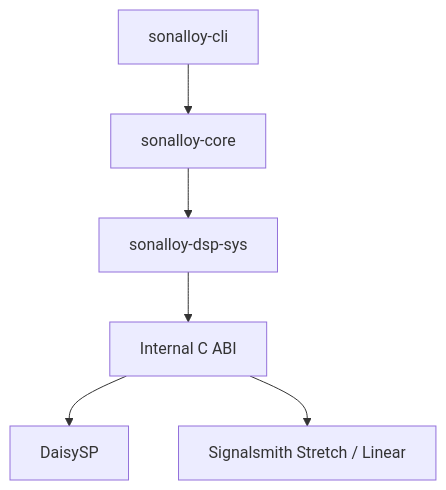
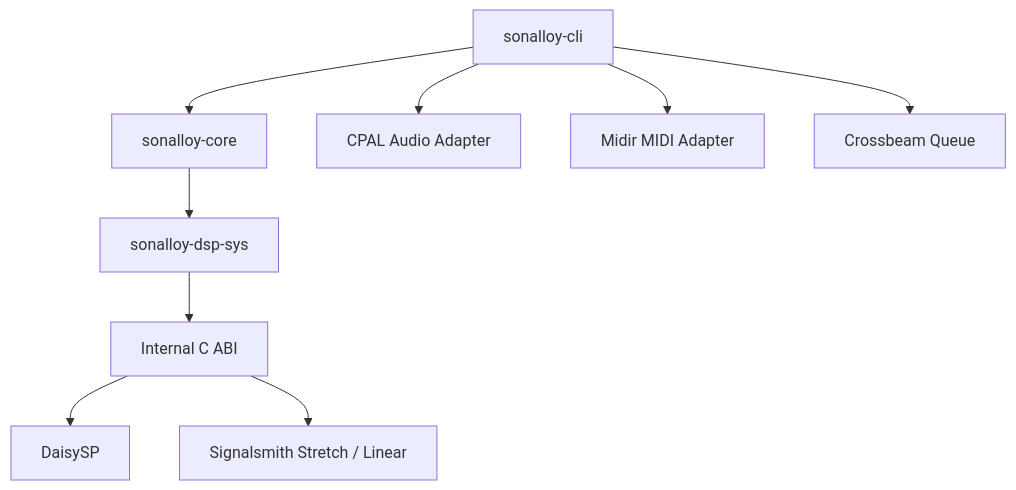
Before and after one commit to endo-ly/sonalloy: the diagram in docs/architecture.md, drawn with Mermaid. The commit also changed other lines of this file and 12 other files, not shown here.

````diff
--- a/docs/architecture.md
+++ b/docs/architecture.md
@@ -18,8 +18,11 @@
 ```mermaid
 flowchart TD
     CLI[sonalloy-cli] --> Core[sonalloy-core]
+    CLI --> Audio[CPAL Audio Adapter]
+    CLI --> Midi[Midir MIDI Adapter]
+    CLI --> Queue[Crossbeam Queue]
     Core --> Sys[sonalloy-dsp-sys]
     Sys --> ABI[Internal C ABI]
     ABI --> DSP[DaisySP]
     ABI --> Stretch[Signalsmith Stretch / Linear]
 ```
````
